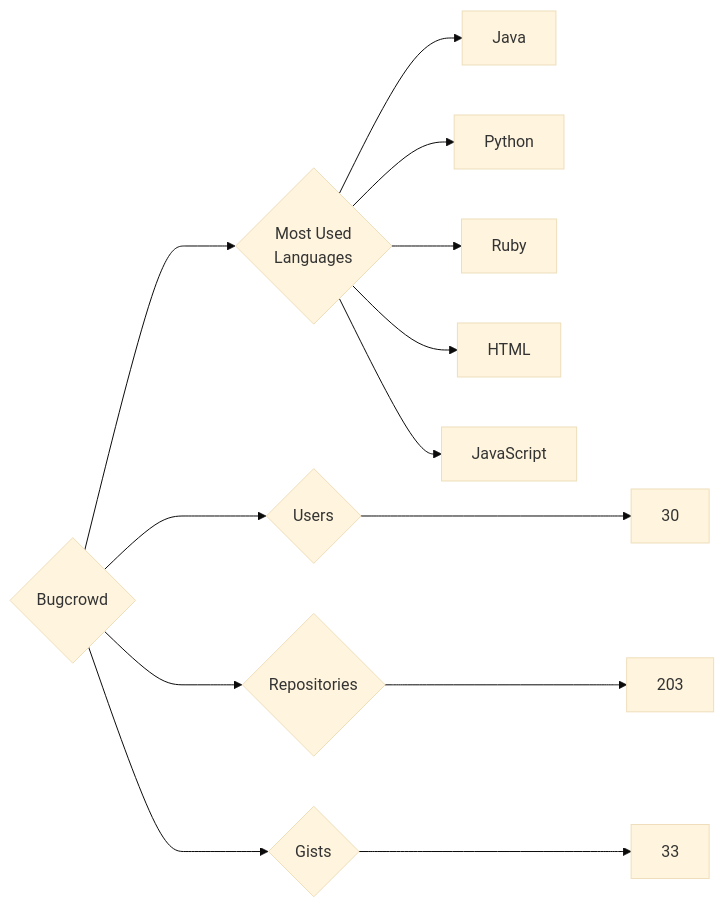
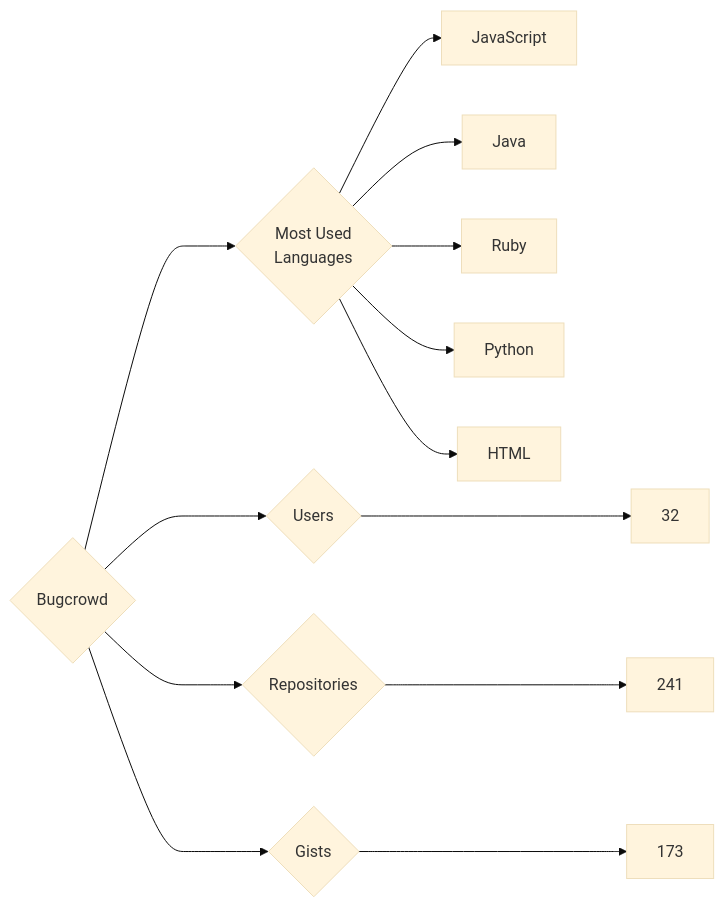
Before and after one commit to trickest/insiders: the diagram in targets/Bugcrowd/README.md, drawn with Mermaid (base theme). The commit also changed 718 other files, not shown here.

````diff
--- a/targets/Bugcrowd/README.md
+++ b/targets/Bugcrowd/README.md
@@ -3,13 +3,13 @@
 ```mermaid
 graph LR
 COMPANY_NAME{Bugcrowd}
-COMPANY_NAME ---> U{Users} ---> UN[30]
-COMPANY_NAME ---> R{Repositories} ---> RN[203]
-COMPANY_NAME ---> G{Gists} ---> GN[33]
+COMPANY_NAME ---> U{Users} ---> UN[32]
+COMPANY_NAME ---> R{Repositories} ---> RN[241]
+COMPANY_NAME ---> G{Gists} ---> GN[173]
 COMPANY_NAME ---> ML{Most Used<br>Languages}
+ML --> JavaScript[JavaScript]
 ML --> Java[Java]
+ML --> Ruby[Ruby]
 ML --> Python[Python]
-ML --> Ruby[Ruby]
 ML --> HTML[HTML]
-ML --> JavaScript[JavaScript]
 ```
````
